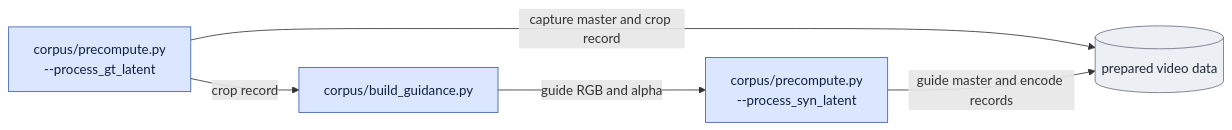
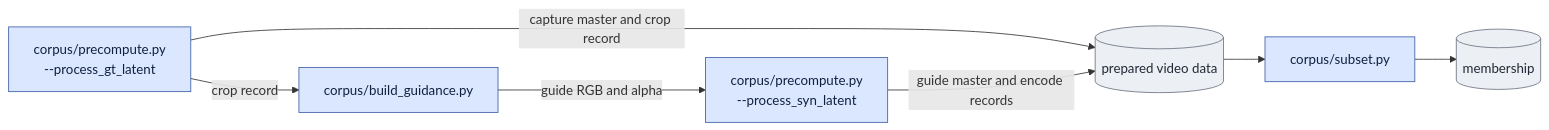
Before and after one commit to AtlantixJJ/LTX-2: the first of 3 diagrams in scripts/onestep_avatar/README.md, drawn with Mermaid. The commit also changed other lines of this file and 136 other files, not shown here.

````diff
--- a/scripts/onestep_avatar/README.md
+++ b/scripts/onestep_avatar/README.md
@@ -58,11 +37,13 @@
 ```mermaid
 flowchart LR
   Y["corpus/precompute.py<br/>--process_gt_latent"] -->|"crop record"| G["corpus/build_guidance.py"]
   G -->|"guide RGB and alpha"| S["corpus/precompute.py<br/>--process_syn_latent"]
   Y -->|"capture master and crop record"| C[("prepared video data")]
   S -->|"guide master and encode records"| C
+  C --> W["corpus/subset.py"]
+  W --> M[("membership")]
   classDef proc fill:#dbe7ff,stroke:#3b5ea8,color:#10203f;
   classDef disk fill:#eceff3,stroke:#6b7280,color:#1f2937;
-  class Y,G,S proc;
-  class C disk;
+  class Y,G,S,W proc;
+  class C,M disk;
 ```
````
